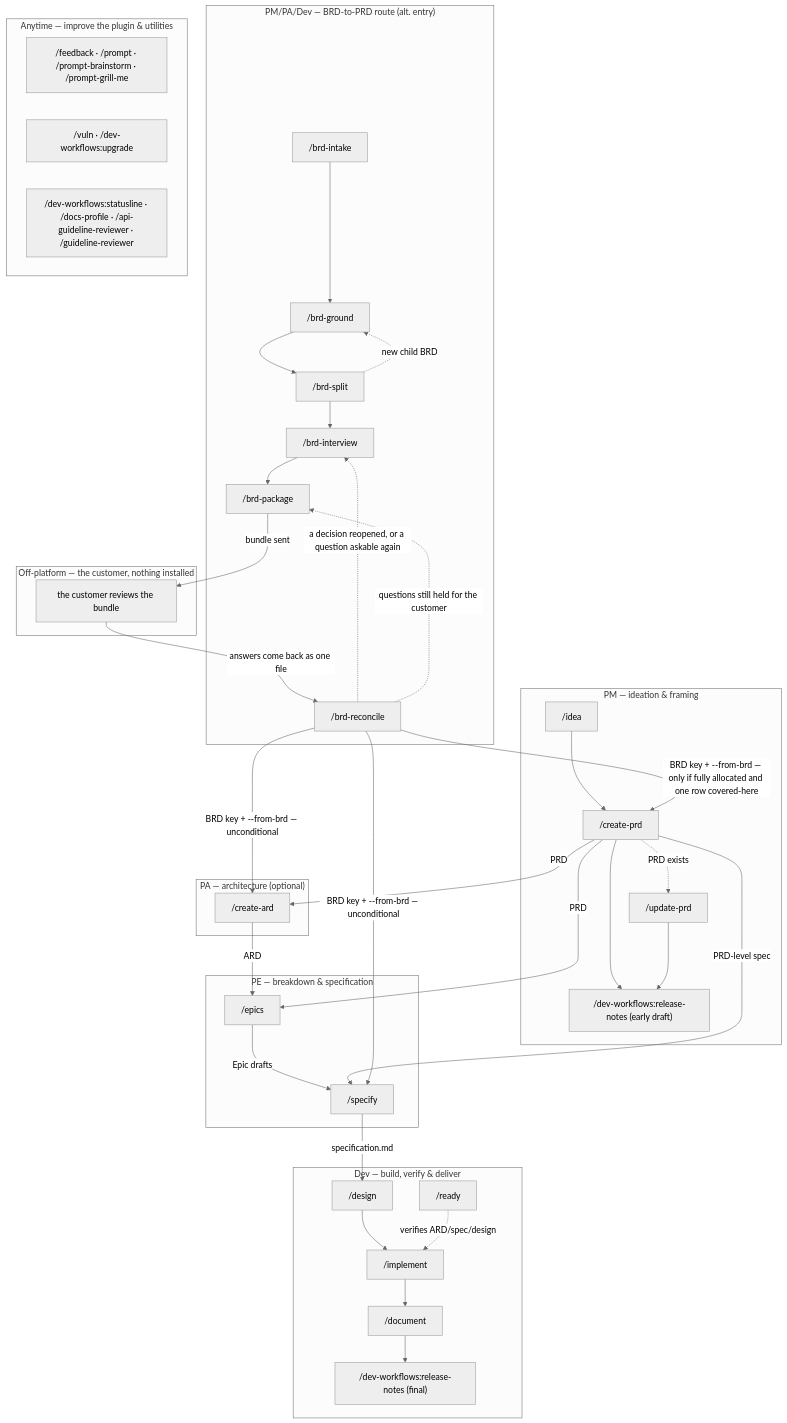
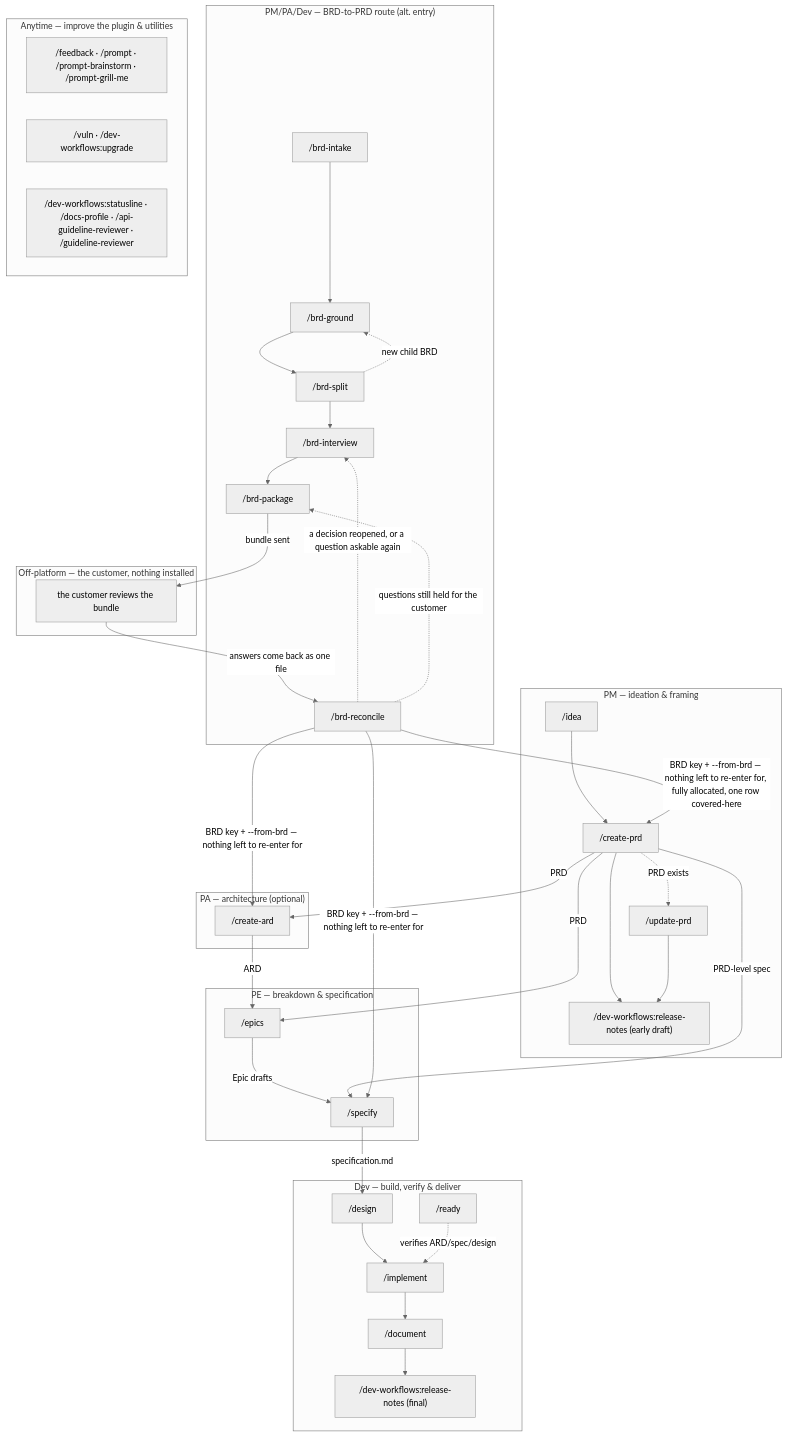
Before and after one commit to ihudak/ihudak-claude-plugins: the diagram in plugins/dev-workflows/docs/workflow.md, drawn with Mermaid (neutral theme). The commit also changed other lines of this file and 7 other files, not shown here.

````diff
--- a/plugins/dev-workflows/docs/workflow.md
+++ b/plugins/dev-workflows/docs/workflow.md
@@ -5,51 +5,51 @@
 ```mermaid
 flowchart TD
     subgraph PM["PM — ideation & framing"]
         idea["/idea"] --> createvi["/create-prd"]
         createvi --> rnpm["/dev-workflows:release-notes (early draft)"]
         createvi -.->|PRD exists| updatevi["/update-prd"]
         updatevi --> rnpm
     end
     subgraph BRD["PM/PA/Dev — BRD-to-PRD route (alt. entry)"]
         brdintake["/brd-intake"] --> brdground["/brd-ground"] --> brdsplit["/brd-split"]
         brdsplit -.->|new child BRD| brdground
         brdsplit --> brdinterview["/brd-interview"] --> brdpackage["/brd-package"]
         brdreconcile["/brd-reconcile"]
     end
     subgraph CUST["Off-platform — the customer, nothing installed"]
         brdreview["the customer reviews the bundle"]
     end
     subgraph PA["PA — architecture (optional)"]
         createard["/create-ard"]
     end
     subgraph PE["PE — breakdown & specification"]
         epics["/epics"]
         specify["/specify"]
     end
     subgraph DEV["Dev — build, verify & deliver"]
         design["/design"] --> implement["/implement"]
         implement --> document["/document"]
         document --> rndev["/dev-workflows:release-notes (final)"]
         ready["/ready"]
     end
     subgraph ANY["Anytime — improve the plugin & utilities"]
         improve["/feedback · /prompt · /prompt-brainstorm · /prompt-grill-me"]
         maint["/vuln · /dev-workflows:upgrade"]
         tooling["/dev-workflows:statusline · /docs-profile · /api-guideline-reviewer · /guideline-reviewer"]
     end
 
     createvi -->|PRD| createard
     createvi -->|PRD| epics
     createard -->|ARD| epics
     epics -->|Epic drafts| specify
     createvi -->|PRD-level spec| specify
     specify -->|specification.md| design
     ready -. verifies ARD/spec/design .-> implement
     brdpackage -->|bundle sent| brdreview
     brdreview -->|answers come back as one file| brdreconcile
     brdreconcile -.->|a decision reopened, or a question askable again| brdinterview
     brdreconcile -.->|questions still held for the customer| brdpackage
-    brdreconcile -->|BRD key + --from-brd — only if fully allocated and one row covered-here| createvi
-    brdreconcile -->|BRD key + --from-brd — unconditional| createard
-    brdreconcile -->|BRD key + --from-brd — unconditional| specify
+    brdreconcile -->|BRD key + --from-brd — nothing left to re-enter for, fully allocated, one row covered-here| createvi
+    brdreconcile -->|BRD key + --from-brd — nothing left to re-enter for| createard
+    brdreconcile -->|BRD key + --from-brd — nothing left to re-enter for| specify
 ```
````
